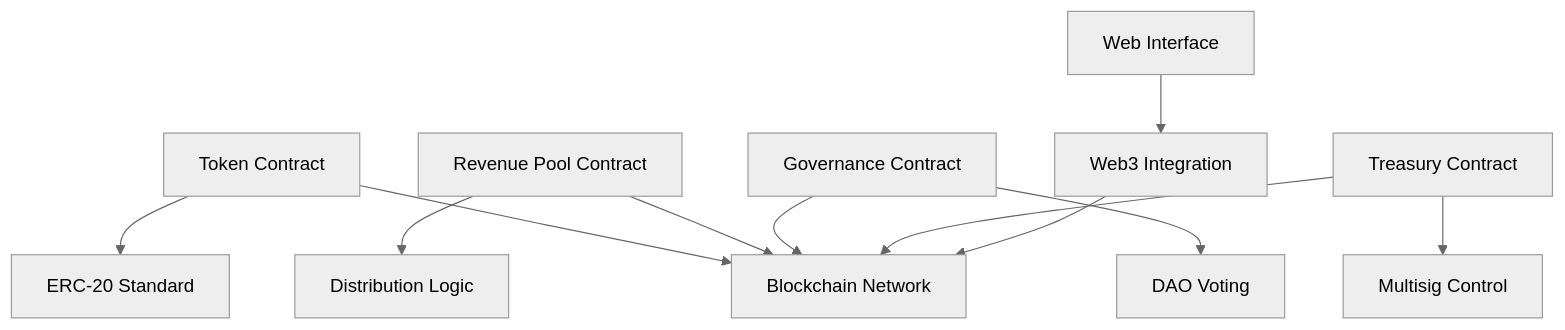
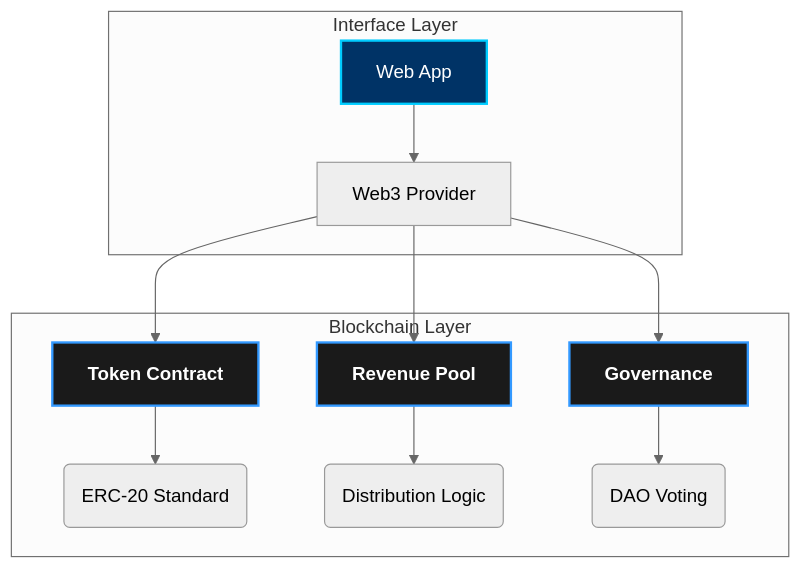
Before and after one commit to PremierFootball/whitepaper: the diagram in technology.md, drawn with Mermaid (neutral theme). The commit also changed 20 other files, not shown here.

Commit message:
design: enable dark mode, add professional logo, and modernize diagrams

````diff
--- a/technology.md
+++ b/technology.md
@@ -43,15 +43,21 @@
 ```mermaid
 graph TB
-    A[Token Contract] --> B[ERC-20 Standard]
-    C[Revenue Pool Contract] --> D[Distribution Logic]
-    E[Governance Contract] --> F[DAO Voting]
-    G[Treasury Contract] --> H[Multisig Control]
+    subgraph "Blockchain Layer"
+        A[<b>Token Contract</b>] --> B(ERC-20 Standard)
+        C[<b>Revenue Pool</b>] --> D(Distribution Logic)
+        E[<b>Governance</b>] --> F(DAO Voting)
+    end
     
-    A --> I[Blockchain Network]
-    C --> I
-    E --> I
-    G --> I
+    subgraph "Interface Layer"
+        J[Web App] --> K[Web3 Provider]
+    end
     
-    J[Web Interface] --> K[Web3 Integration]
-    K --> I
+    K --> A
+    K --> C
+    K --> E
+    
+    style A fill:#1a1a1a,stroke:#3399ff,stroke-width:2px,color:#fff
+    style C fill:#1a1a1a,stroke:#3399ff,stroke-width:2px,color:#fff
+    style E fill:#1a1a1a,stroke:#3399ff,stroke-width:2px,color:#fff
+    style J fill:#003366,stroke:#00ccff,stroke-width:2px,color:#fff
 ```
````
